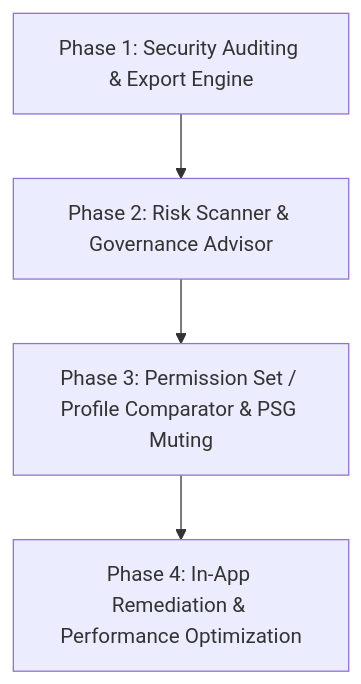
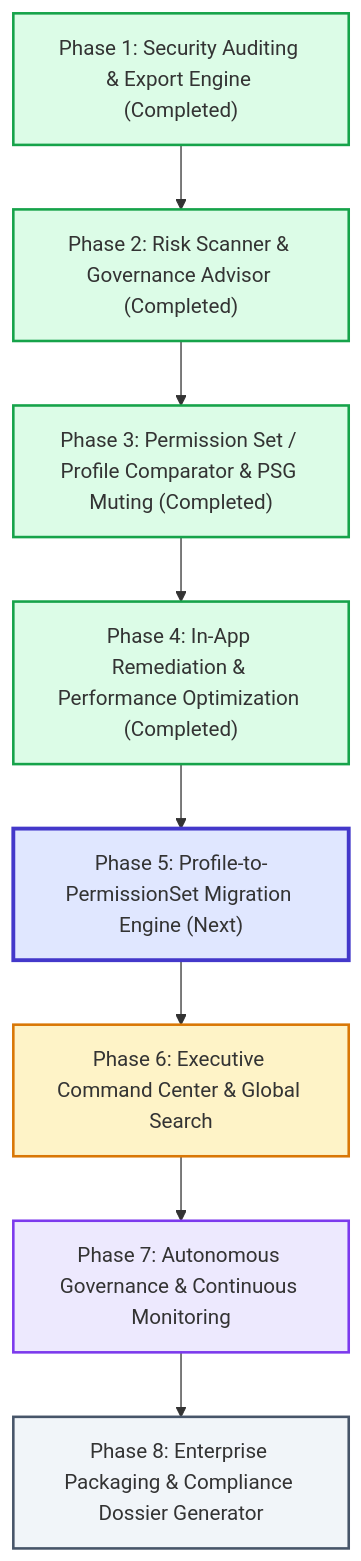
One commit to rupesh0/salesforce-permissions changed the diagram in roadmap/ROADMAP.md. Above: the diagram before and after it, drawn with Mermaid. The commit also changed other lines of this file, not shown here.

Commit message:
docs: generate enterprise roadmap v2 covering Phases 5 through 8

````diff
--- a/roadmap/ROADMAP.md
+++ b/roadmap/ROADMAP.md
@@ -11,6 +11,19 @@
 ```mermaid
 graph TD
-    P1[Phase 1: Security Auditing & Export Engine] --> P2[Phase 2: Risk Scanner & Governance Advisor]
-    P2 --> P3[Phase 3: Permission Set / Profile Comparator & PSG Muting]
-    P3 --> P4[Phase 4: In-App Remediation & Performance Optimization]
+    P1["Phase 1: Security Auditing & Export Engine (Completed)"] --> P2["Phase 2: Risk Scanner & Governance Advisor (Completed)"]
+    P2 --> P3["Phase 3: Permission Set / Profile Comparator & PSG Muting (Completed)"]
+    P3 --> P4["Phase 4: In-App Remediation & Performance Optimization (Completed)"]
+    P4 --> P5["Phase 5: Profile-to-PermissionSet Migration Engine (Next)"]
+    P5 --> P6["Phase 6: Executive Command Center & Global Search"]
+    P6 --> P7["Phase 7: Autonomous Governance & Continuous Monitoring"]
+    P7 --> P8["Phase 8: Enterprise Packaging & Compliance Dossier Generator"]
+
+    style P1 fill:#dcfce7,stroke:#16a34a,stroke-width:2px
+    style P2 fill:#dcfce7,stroke:#16a34a,stroke-width:2px
+    style P3 fill:#dcfce7,stroke:#16a34a,stroke-width:2px
+    style P4 fill:#dcfce7,stroke:#16a34a,stroke-width:2px
+    style P5 fill:#e0e7ff,stroke:#4338ca,stroke-width:3px
+    style P6 fill:#fef3c7,stroke:#d97706,stroke-width:2px
+    style P7 fill:#ede9fe,stroke:#7c3aed,stroke-width:2px
+    style P8 fill:#f1f5f9,stroke:#475569,stroke-width:2px
 ```
````
